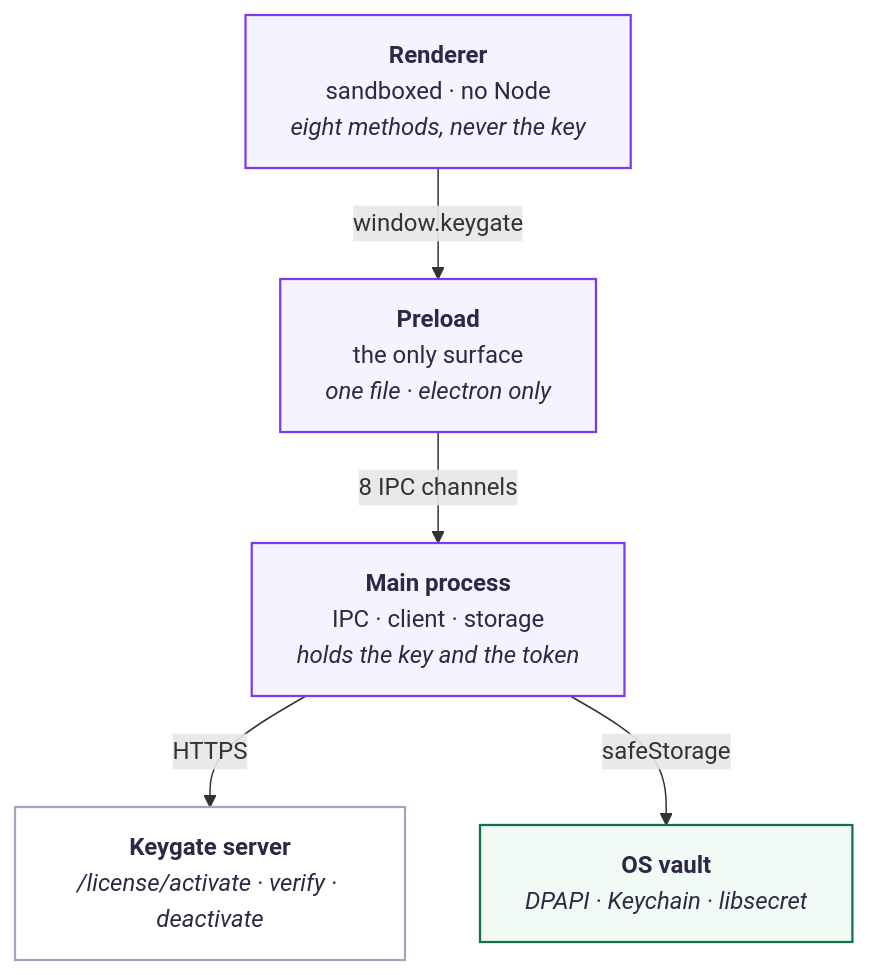
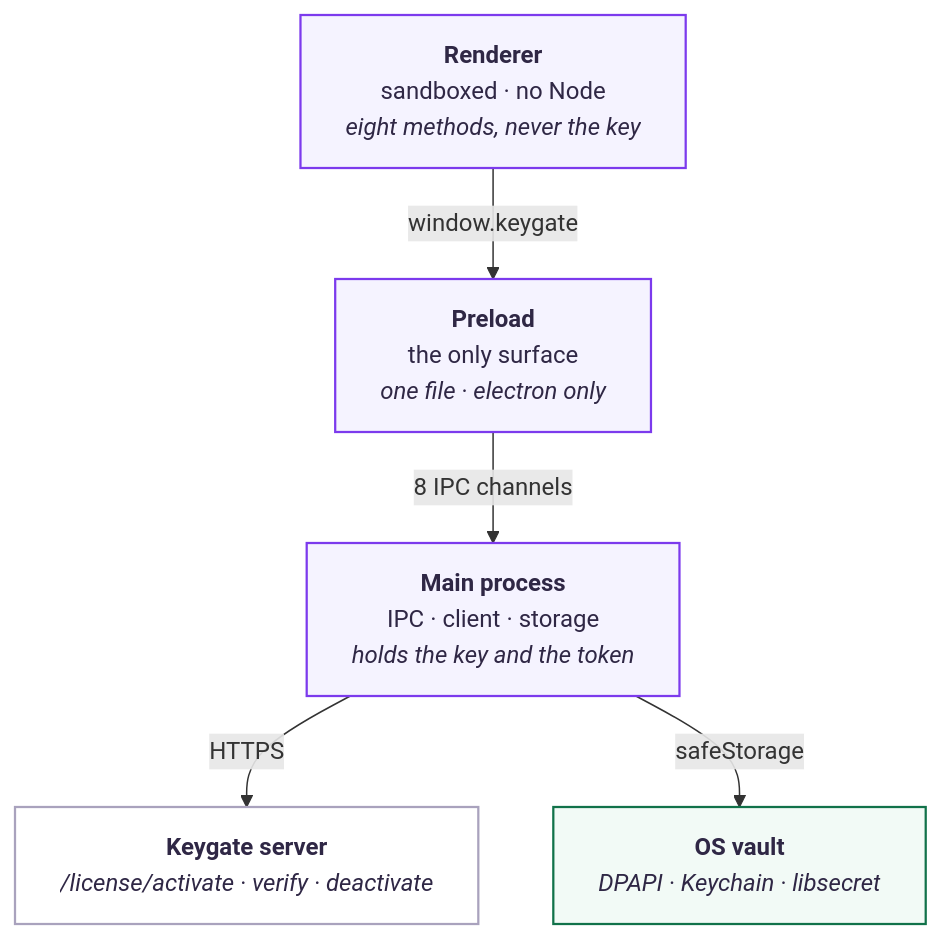
Before and after one commit to sarfarazstark/electron-plugin-keygate: the diagram in docs/architecture.md, drawn with Mermaid. The commit also changed other lines of this file and 1 other file, not shown here.

First line of the commit message:
docs: let the mermaid block carry its own label layout

````diff
--- a/docs/architecture.md
+++ b/docs/architecture.md
@@ -18,21 +18,22 @@
 ```mermaid
+%%{init: {"flowchart": {"wrappingWidth": 440}} }%%
 flowchart TB
     R["<b>Renderer</b><br/>sandboxed · no Node<br/><i>eight methods, never the key</i>"]
     P["<b>Preload</b><br/>the only surface<br/><i>one file · electron only</i>"]
     M["<b>Main process</b><br/>IPC · client · storage<br/><i>holds the key and the token</i>"]
     S["<b>Keygate server</b><br/><i>/license/activate · verify · deactivate</i>"]
     V["<b>OS vault</b><br/><i>DPAPI · Keychain · libsecret</i>"]
 
     R -->|"window.keygate"| P
     P -->|"8 IPC channels"| M
     M -->|"HTTPS"| S
     M -->|"safeStorage"| V
 
     classDef app fill:#f5f3ff,stroke:#7c3aed,stroke-width:1.5px,color:#2f2745
     classDef remote fill:#ffffff,stroke:#a9a2bd,stroke-width:1.5px,color:#2f2745
     classDef local fill:#f2faf6,stroke:#11724a,stroke-width:1.5px,color:#2f2745
 
     class R,P,M app
     class S remote
     class V local
 ```
````
